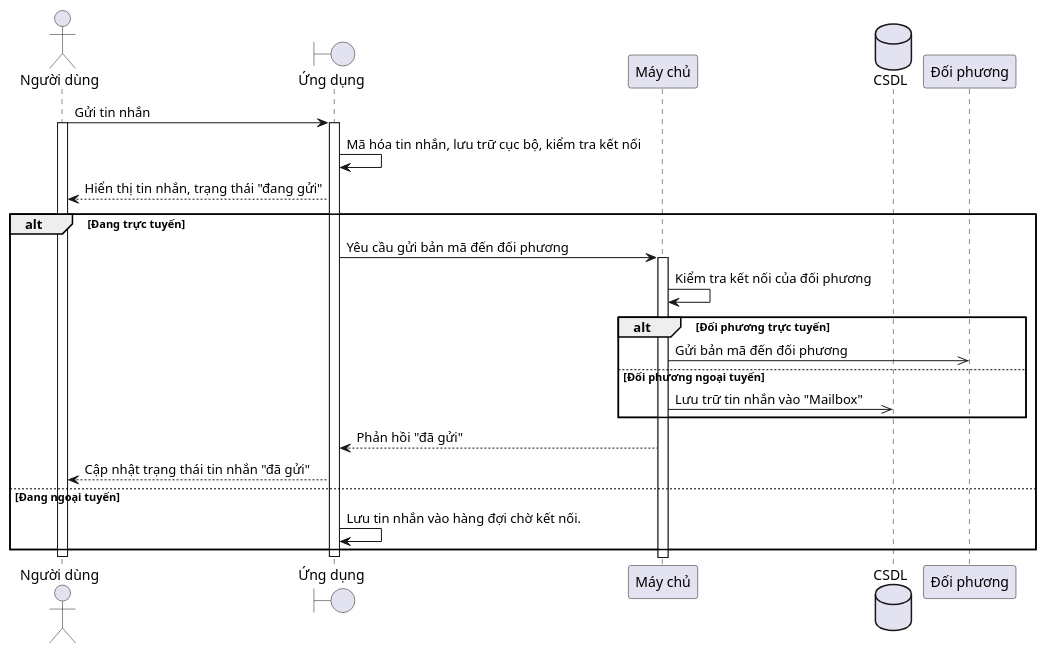
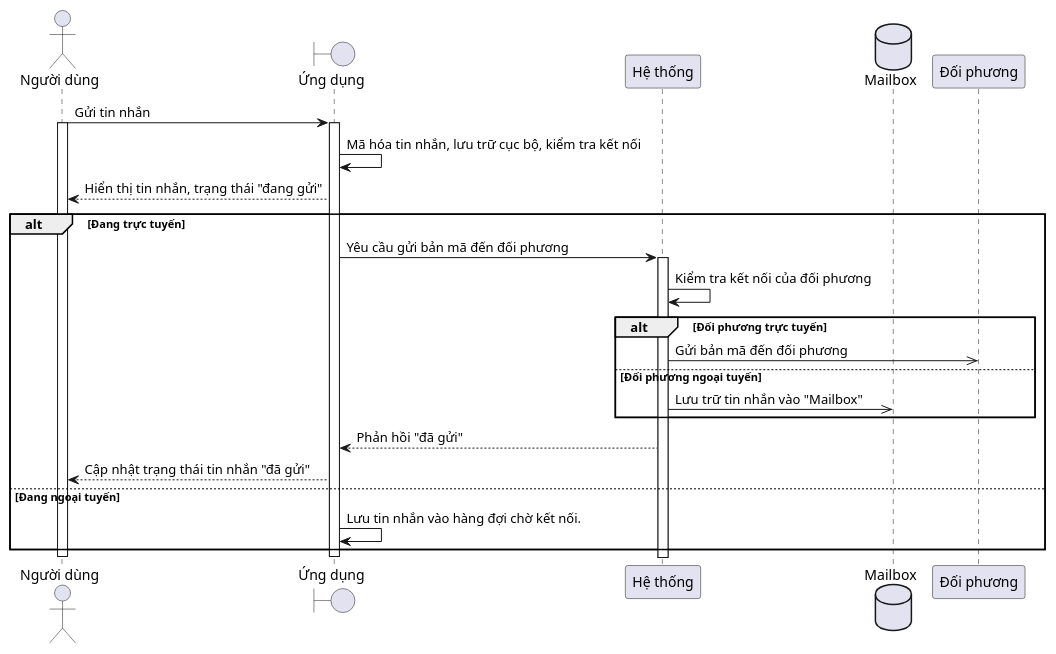
One commit to shhh-cat/Blackat_UML changed the diagram in Sequence Diagram/Sending.pu. Above: the diagram before and after it, drawn with PlantUML. The commit also changed 3 other files, not shown here.

```diff
--- a/Sequence Diagram/Sending.pu
+++ b/Sequence Diagram/Sending.pu
@@ -1,34 +1,34 @@
 @startuml
 
 actor "Người dùng" as user
 boundary "Ứng dụng" as app
-participant "Máy chủ" as server
-database "CSDL" as db
+participant "Hệ thống" as server
+database "Mailbox" as db
 participant "Đối phương" as partner
 
 user -> app: Gửi tin nhắn
 activate app
 activate user
 app -> app: Mã hóa tin nhắn, lưu trữ cục bộ, kiểm tra kết nối
 user <-- app: Hiển thị tin nhắn, trạng thái "đang gửi"
 alt Đang trực tuyến
     app -> server: Yêu cầu gửi bản mã đến đối phương
     activate server
     server -> server: Kiểm tra kết nối của đối phương
     alt Đối phương trực tuyến
         server ->> partner: Gửi bản mã đến đối phương
     else Đối phương ngoại tuyến
         server ->> db: Lưu trữ tin nhắn vào "Mailbox"
     end
     app <-- server: Phản hồi "đã gửi"
     user <-- app: Cập nhật trạng thái tin nhắn "đã gửi"
 
 else Đang ngoại tuyến
     app -> app: Lưu tin nhắn vào hàng đợi chờ kết nối.
 end
 
 deactivate app
 deactivate user
 
 
 @enduml
```
